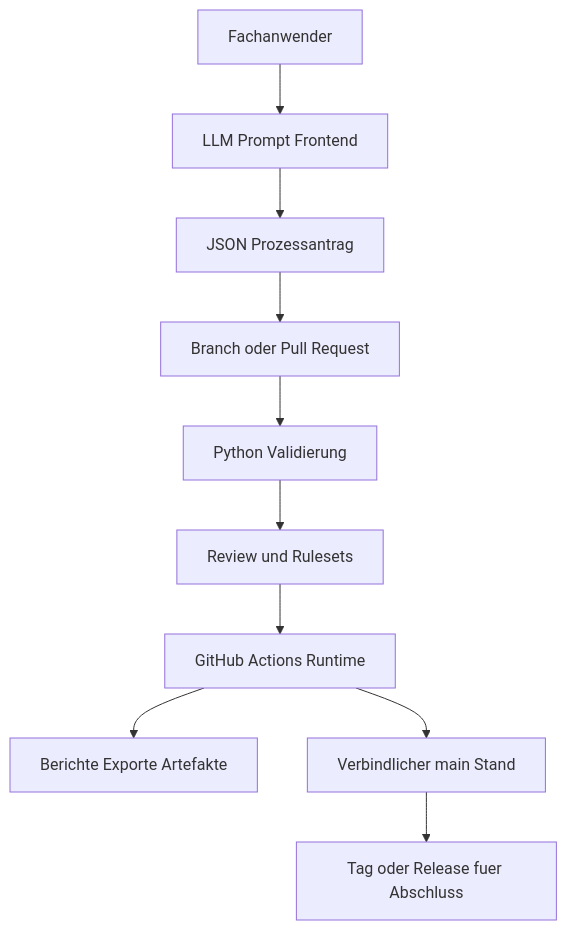
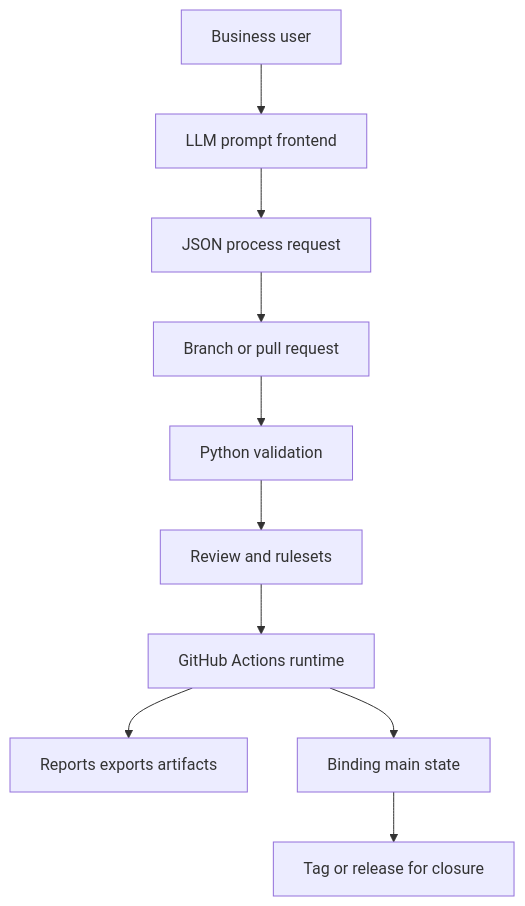
The second of 4 diagrams in docs/en/architecture.md (notariat8/NaC), drawn with Mermaid before and after one commit. The commit also changed other lines of this file and 67 other files, not shown here.

````diff
--- a/docs/en/architecture.md
+++ b/docs/en/architecture.md
@@ -34,12 +38,12 @@
 ```mermaid
 flowchart TD
-    User["Fachanwender"] --> Prompt["LLM Prompt Frontend"]
-    Prompt --> Draft["JSON Prozessantrag"]
-    Draft --> GitChange["Branch oder Pull Request"]
-    GitChange --> Validate["Python Validierung"]
-    Validate --> Review["Review und Rulesets"]
-    Review --> Runtime["GitHub Actions Runtime"]
-    Runtime --> Outputs["Berichte Exporte Artefakte"]
-    Runtime --> MainState["Verbindlicher main Stand"]
-    MainState --> Close["Tag oder Release fuer Abschluss"]
+    User["Business user"] --> Prompt["LLM prompt frontend"]
+    Prompt --> Draft["JSON process request"]
+    Draft --> GitChange["Branch or pull request"]
+    GitChange --> Validate["Python validation"]
+    Validate --> Review["Review and rulesets"]
+    Review --> Runtime["GitHub Actions runtime"]
+    Runtime --> Outputs["Reports exports artifacts"]
+    Runtime --> MainState["Binding main state"]
+    MainState --> Close["Tag or release for closure"]
 ```
````
